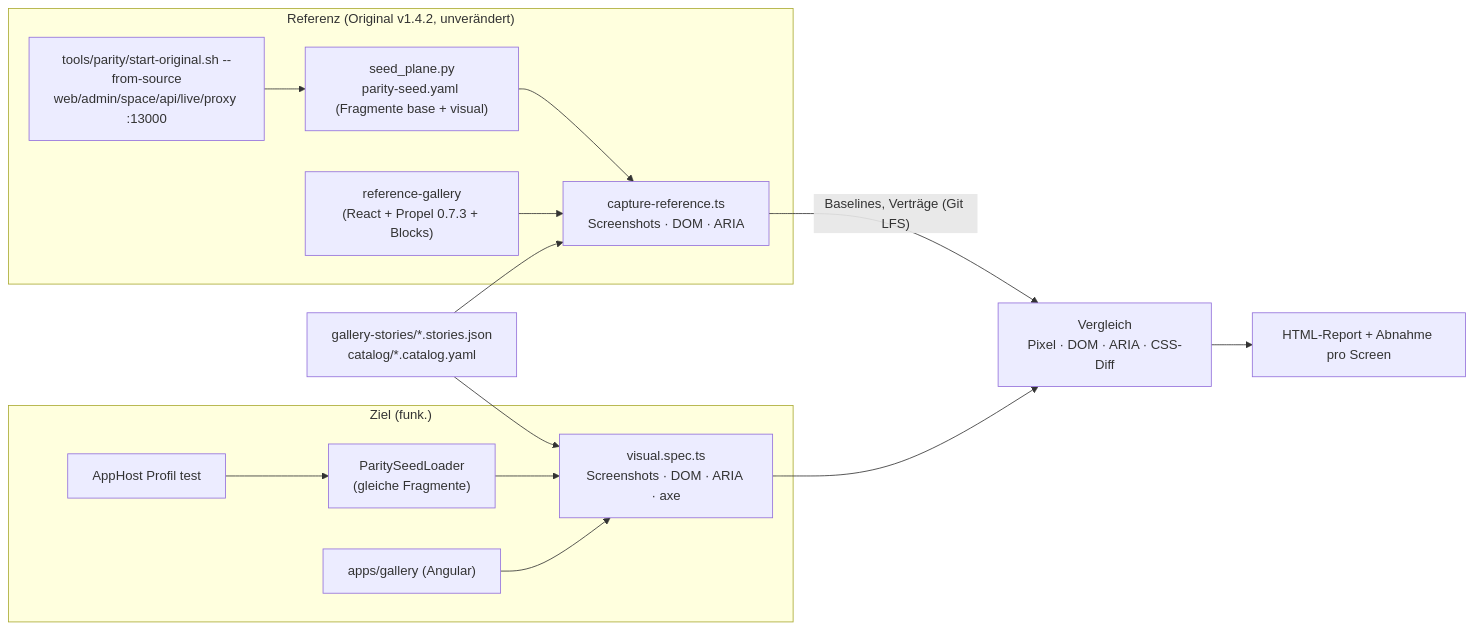
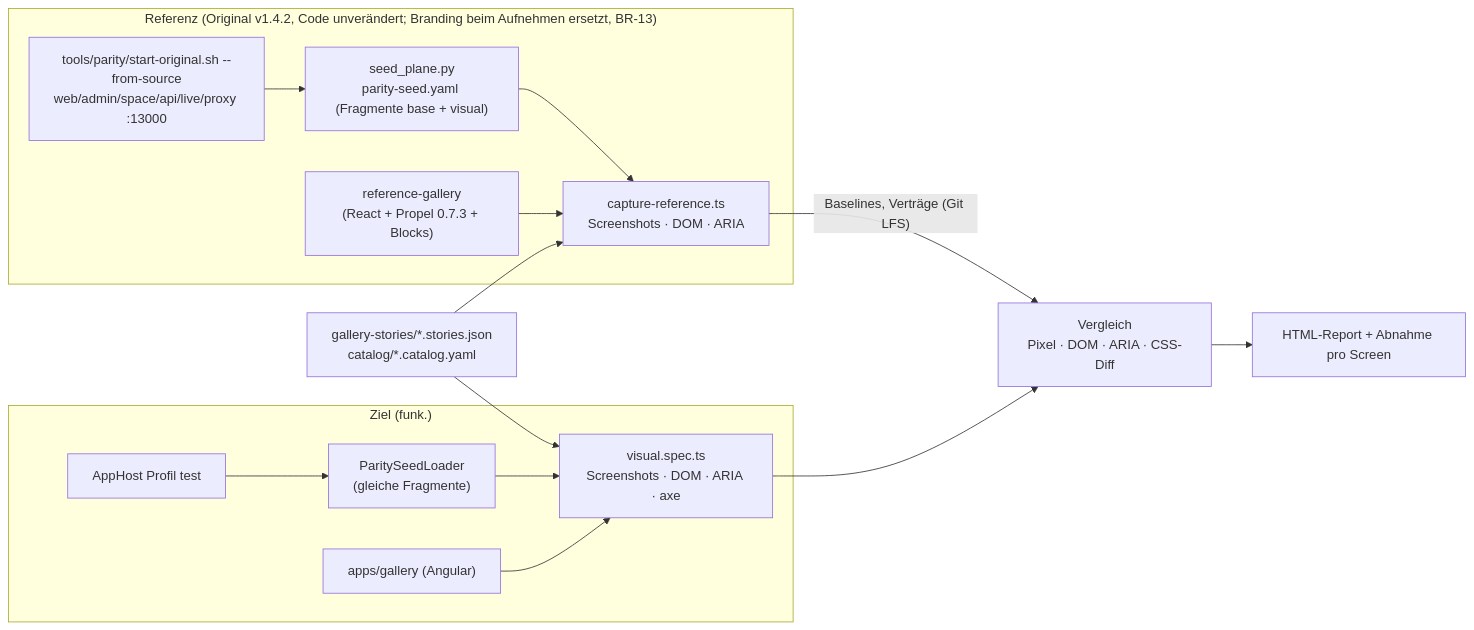
Before and after one commit to mlwr/plane: the diagram in migration/architecture/09-ui-paritaet-designsystem.md, drawn with Mermaid. The commit also changed other lines of this file and 18 other files, not shown here.

First line of the commit message:
docs(migration): second alignment round and funk. branding across architecture docs

````diff
--- a/migration/architecture/09-ui-paritaet-designsystem.md
+++ b/migration/architecture/09-ui-paritaet-designsystem.md
@@ -523,18 +525,18 @@
 ```mermaid
 flowchart LR
-  subgraph REF["Referenz (Original v1.4.2, unverändert)"]
+  subgraph REF["Referenz (Original v1.4.2, Code unverändert; Branding beim Aufnehmen ersetzt, BR-13)"]
     O1["tools/parity/start-original.sh --from-source<br/>web/admin/space/api/live/proxy :13000"] --> O2["seed_plane.py<br/>parity-seed.yaml (Fragmente base + visual)"]
     O2 --> O3["capture-reference.ts<br/>Screenshots · DOM · ARIA"]
     G1["reference-gallery<br/>(React + Propel 0.7.3 + Blocks)"] --> O3
   end
   subgraph TGT["Ziel (funk.)"]
     T1["AppHost Profil test"] --> T2["ParitySeedLoader<br/>(gleiche Fragmente)"]
     T2 --> T3["visual.spec.ts<br/>Screenshots · DOM · ARIA · axe"]
     G2["apps/gallery (Angular)"] --> T3
   end
   S["gallery-stories/*.stories.json<br/>catalog/*.catalog.yaml"] --> O3
   S --> T3
   O3 -->|"Baselines, Verträge (Git LFS)"| C["Vergleich<br/>Pixel · DOM · ARIA · CSS-Diff"]
   T3 --> C
   C --> R["HTML-Report + Abnahme pro Screen"]
 ```
````
